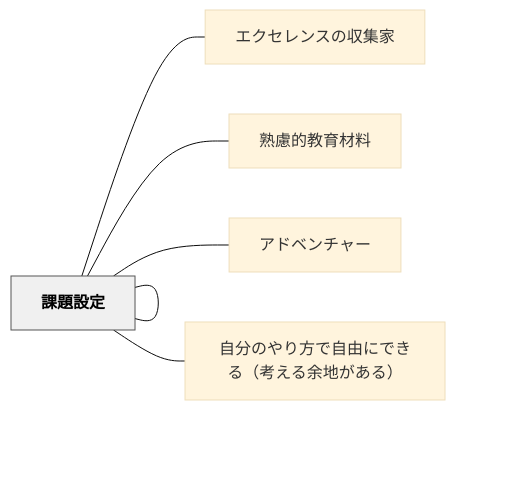
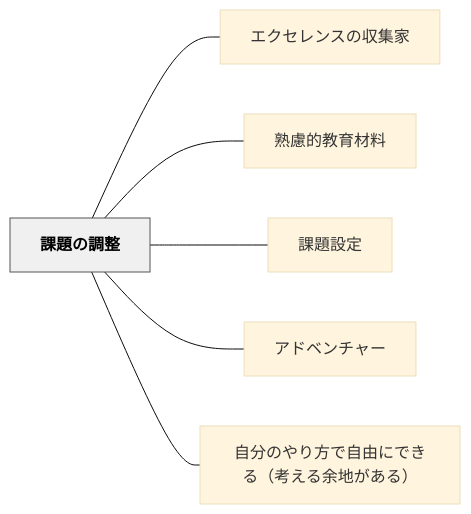
Before and after one commit to unknownthings-ed-patterns/unknownthings-ed-patterns: the diagram in content/パタン/課題の調整.md, drawn with Mermaid (base theme). The commit also changed 527 other files, not shown here.

````diff
--- a/content/パタン/課題の調整.md
+++ b/content/パタン/課題の調整.md
@@ -46,18 +46,18 @@
 ```mermaid
 flowchart LR
-    ne8aab2e9a18c["課題の調整"]
-    ne382a8e382af["エクセレンスの収集家"]
-    ne7869fe685ae["熟慮的教育材料"]
-    ne8aab2e9a18c["課題設定"]
-    ne382a2e38389["アドベンチャー"]
-    ne887aae58886["自分のやり方で自由にできる（考える余地がある）"]
+    ne8aab2e9a18ce381aee8aabfe695b4["課題の調整"]
+    ne382a8e382afe382bbe383ace383b3e382b9e381aee58f8ee99b86e5aeb6["エクセレンスの収集家"]
+    ne7869fe685aee79a84e69599e882b2e69d90e69699["熟慮的教育材料"]
+    ne8aab2e9a18ce8a8ade5ae9a["課題設定"]
+    ne382a2e38389e38399e383b3e38381e383a3e383bc["アドベンチャー"]
+    ne887aae58886e381aee38284e3828ae696b9e381a7e887aae794b1e381abe381a7e3818de3828befbc88e88083e38188e3828be4bd99e59cb0e3818ce38182e3828befbc89["自分のやり方で自由にできる（考える余地がある）"]
 
-    ne8aab2e9a18c --- ne382a8e382af
-    ne8aab2e9a18c --- ne7869fe685ae
-    ne8aab2e9a18c --- ne8aab2e9a18c
-    ne8aab2e9a18c --- ne382a2e38389
-    ne8aab2e9a18c --- ne887aae58886
+    ne8aab2e9a18ce381aee8aabfe695b4 --- ne382a8e382afe382bbe383ace383b3e382b9e381aee58f8ee99b86e5aeb6
+    ne8aab2e9a18ce381aee8aabfe695b4 --- ne7869fe685aee79a84e69599e882b2e69d90e69699
+    ne8aab2e9a18ce381aee8aabfe695b4 --- ne8aab2e9a18ce8a8ade5ae9a
+    ne8aab2e9a18ce381aee8aabfe695b4 --- ne382a2e38389e38399e383b3e38381e383a3e383bc
+    ne8aab2e9a18ce381aee8aabfe695b4 --- ne887aae58886e381aee38284e3828ae696b9e381a7e887aae794b1e381abe381a7e3818de3828befbc88e88083e38188e3828be4bd99e59cb0e3818ce38182e3828befbc89
 
     classDef hub fill:#f0f0f0,stroke:#555,color:#000,font-weight:bold
-    class ne8aab2e9a18c hub
+    class ne8aab2e9a18ce381aee8aabfe695b4 hub
 ```
````
